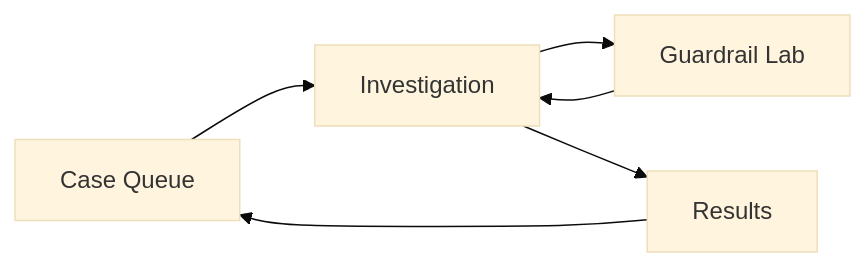
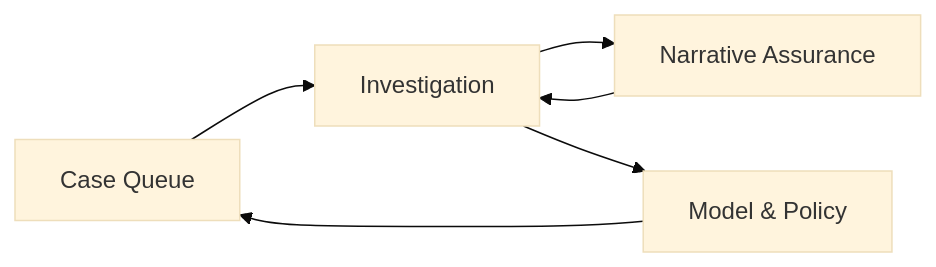
One commit to yizhen0322/evidence-grounded-fraud-review changed the first of 2 diagrams in docs/specs/2026-07-13-react-fastapi-demo-dashboard-spec.md. Above: the diagram before and after it, drawn with Mermaid (base theme). The commit also changed other lines of this file and 147 other files, not shown here.

````diff
--- a/docs/specs/2026-07-13-react-fastapi-demo-dashboard-spec.md
+++ b/docs/specs/2026-07-13-react-fastapi-demo-dashboard-spec.md
@@ -151,8 +151,8 @@
 ```mermaid
 flowchart LR
     Q["Case Queue"] --> I["Investigation"]
-    I --> G["Guardrail Lab"]
-    I --> R["Results"]
+    I --> G["Narrative Assurance"]
+    I --> R["Model & Policy"]
     G --> I
     R --> Q
 ```
````
